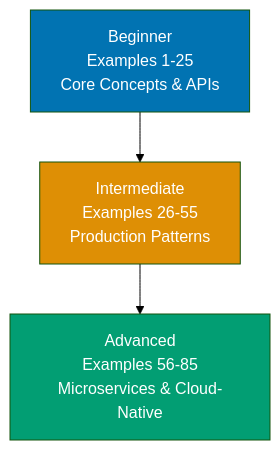
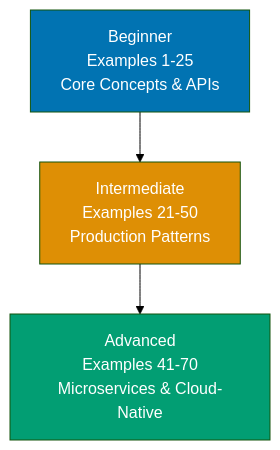
One commit to wahidyankf/open-sharia-enterprise changed the diagram in apps/ayokoding-web/content/en/learn/software-engineering/platform-web/tools/jvm-spring-boot/by-example/overview.md. Above: the diagram before and after it, drawn with Mermaid (forest theme). The commit also changed other lines of this file and 157 other files, not shown here.

````diff
--- a/apps/ayokoding-web/content/en/learn/software-engineering/platform-web/tools/jvm-spring-boot/by-example/overview.md
+++ b/apps/ayokoding-web/content/en/learn/software-engineering/platform-web/tools/jvm-spring-boot/by-example/overview.md
@@ -41,10 +41,10 @@
 ```mermaid
 %% Color Palette: Blue #0173B2, Orange #DE8F05, Teal #029E73, Purple #CC78BC, Brown #CA9161
 graph TD
-    A["Beginner<br/>Examples 1-25<br/>Core Concepts & APIs"] --> B["Intermediate<br/>Examples 26-55<br/>Production Patterns"]
-    B --> C["Advanced<br/>Examples 56-85<br/>Microservices & Cloud-Native"]
+    A["Beginner<br/>Examples 1-25<br/>Core Concepts & APIs"] --> B["Intermediate<br/>Examples 21-50<br/>Production Patterns"]
+    B --> C["Advanced<br/>Examples 41-70<br/>Microservices & Cloud-Native"]
 
     style A fill:#0173B2,color:#fff
     style B fill:#DE8F05,color:#fff
     style C fill:#029E73,color:#fff
 ```
````
